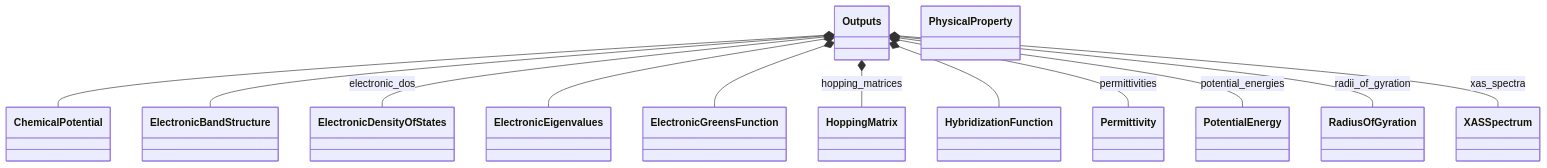
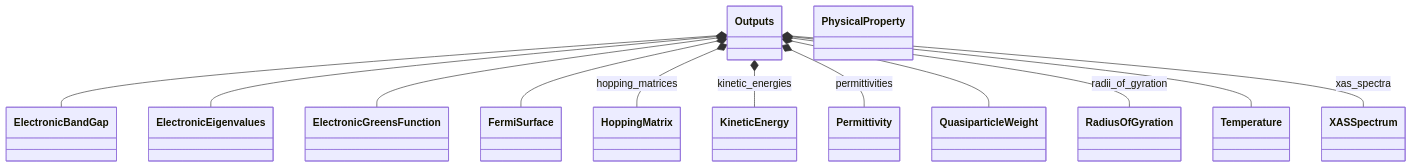
One commit to FAIRmat-NFDI/nomad-simulations changed the second of 2 diagrams in docs/schema/outputs.diagram.md. Above: the diagram before and after it, drawn with Mermaid. The commit also changed 33 other files, not shown here.

````diff
--- a/docs/schema/outputs.diagram.md
+++ b/docs/schema/outputs.diagram.md
@@ -68,40 +68,40 @@
 ```mermaid
 classDiagram
-    class ChemicalPotential {
-    }
-    class ElectronicBandStructure {
-    }
-    class ElectronicDensityOfStates {
+    class ElectronicBandGap {
     }
     class ElectronicEigenvalues {
     }
     class ElectronicGreensFunction {
     }
+    class FermiSurface {
+    }
     class HoppingMatrix {
     }
-    class HybridizationFunction {
+    class KineticEnergy {
     }
     class Outputs {
     }
     class Permittivity {
     }
     class PhysicalProperty {
     }
-    class PotentialEnergy {
+    class QuasiparticleWeight {
     }
     class RadiusOfGyration {
     }
+    class Temperature {
+    }
     class XASSpectrum {
     }
-    Outputs *-- ChemicalPotential
-    Outputs *-- ElectronicBandStructure
-    Outputs *-- ElectronicDensityOfStates : electronic_dos
+    Outputs *-- ElectronicBandGap
     Outputs *-- ElectronicEigenvalues
     Outputs *-- ElectronicGreensFunction
+    Outputs *-- FermiSurface
     Outputs *-- HoppingMatrix : hopping_matrices
-    Outputs *-- HybridizationFunction
+    Outputs *-- KineticEnergy : kinetic_energies
     Outputs *-- Permittivity : permittivities
-    Outputs *-- PotentialEnergy : potential_energies
+    Outputs *-- QuasiparticleWeight
     Outputs *-- RadiusOfGyration : radii_of_gyration
+    Outputs *-- Temperature
     Outputs *-- XASSpectrum : xas_spectra
 ```
````
